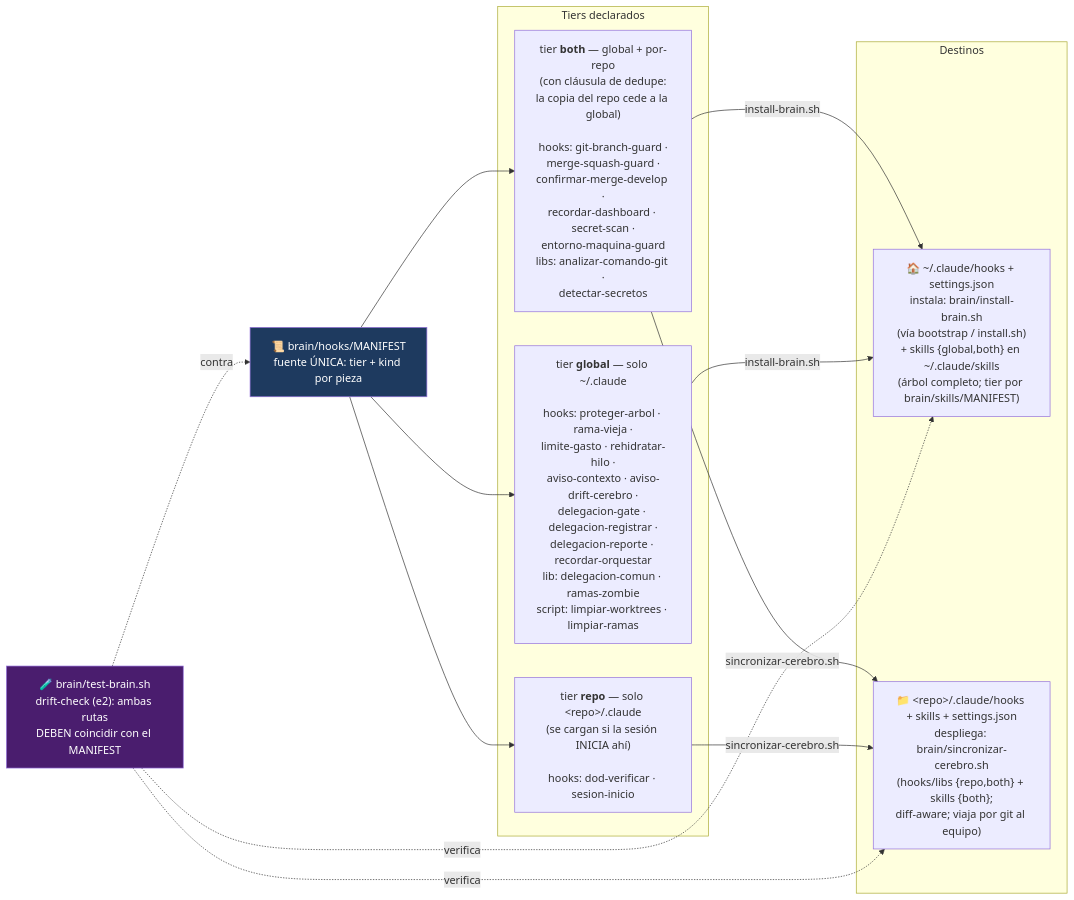
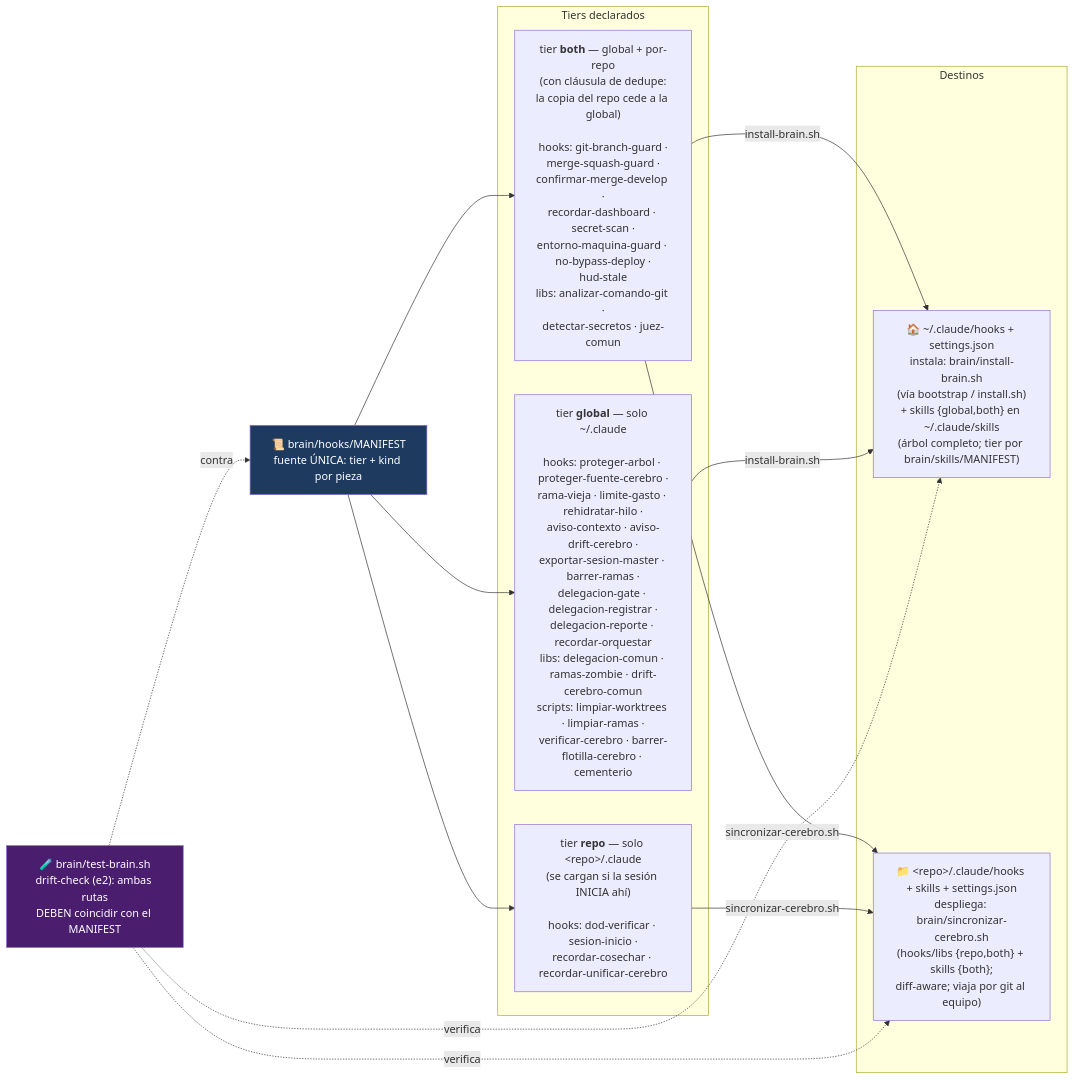
One commit to unjordi/cortex changed the fourth of 4 diagrams in docs/mapa-cerebro.md. Above: the diagram before and after it, drawn with Mermaid. The commit also changed 31 other files, not shown here.

First line of the commit message:
docs(flowcharts): auditoría de drift — leyenda regenerada, fan-out 8→9, mapa tiers al día

````diff
--- a/docs/mapa-cerebro.md
+++ b/docs/mapa-cerebro.md
@@ -188,31 +188,31 @@
 ```mermaid
 flowchart LR
     MANIFEST["📜 brain/hooks/MANIFEST<br/>fuente ÚNICA: tier + kind por pieza"]
 
     subgraph tiers["Tiers declarados"]
-        BOTH["tier <b>both</b> — global + por-repo<br/>(con cláusula de dedupe:<br/>la copia del repo cede a la global)<br/><br/>hooks: git-branch-guard ·<br/>merge-squash-guard ·<br/>confirmar-merge-develop ·<br/>recordar-dashboard · secret-scan ·<br/>entorno-maquina-guard<br/>libs: analizar-comando-git ·<br/>detectar-secretos"]
-        GLOBAL["tier <b>global</b> — solo ~/.claude<br/><br/>hooks: proteger-arbol · rama-vieja ·<br/>limite-gasto · rehidratar-hilo ·<br/>aviso-contexto · aviso-drift-cerebro ·<br/>delegacion-gate · delegacion-registrar ·<br/>delegacion-reporte · recordar-orquestar<br/>lib: delegacion-comun · ramas-zombie<br/>script: limpiar-worktrees · limpiar-ramas"]
-        REPO["tier <b>repo</b> — solo &lt;repo&gt;/.claude<br/>(se cargan si la sesión INICIA ahí)<br/><br/>hooks: dod-verificar · sesion-inicio"]
+        BOTH["tier <b>both</b> — global + por-repo<br/>(con cláusula de dedupe:<br/>la copia del repo cede a la global)<br/><br/>hooks: git-branch-guard ·<br/>merge-squash-guard ·<br/>confirmar-merge-develop ·<br/>recordar-dashboard · secret-scan ·<br/>entorno-maquina-guard · no-bypass-deploy ·<br/>hud-stale<br/>libs: analizar-comando-git ·<br/>detectar-secretos · juez-comun"]
+        GLOBAL["tier <b>global</b> — solo ~/.claude<br/><br/>hooks: proteger-arbol · proteger-fuente-cerebro ·<br/>rama-vieja · limite-gasto · rehidratar-hilo ·<br/>aviso-contexto · aviso-drift-cerebro ·<br/>exportar-sesion-master · barrer-ramas ·<br/>delegacion-gate · delegacion-registrar ·<br/>delegacion-reporte · recordar-orquestar<br/>libs: delegacion-comun · ramas-zombie · drift-cerebro-comun<br/>scripts: limpiar-worktrees · limpiar-ramas ·<br/>verificar-cerebro · barrer-flotilla-cerebro · cementerio"]
+        REPO["tier <b>repo</b> — solo &lt;repo&gt;/.claude<br/>(se cargan si la sesión INICIA ahí)<br/><br/>hooks: dod-verificar · sesion-inicio ·<br/>recordar-cosechar · recordar-unificar-cerebro"]
     end
 
     subgraph destinos["Destinos"]
         GDIR["🏠 ~/.claude/hooks + settings.json<br/>instala: brain/install-brain.sh<br/>(vía bootstrap / install.sh)<br/>+ skills {global,both} en ~/.claude/skills<br/>(árbol completo; tier por brain/skills/MANIFEST)"]
         RDIR["📁 &lt;repo&gt;/.claude/hooks + skills + settings.json<br/>despliega: brain/sincronizar-cerebro.sh<br/>(hooks/libs {repo,both} + skills {both};<br/>diff-aware; viaja por git al equipo)"]
     end
 
     TEST["🧪 brain/test-brain.sh<br/>drift-check (e2): ambas rutas<br/>DEBEN coincidir con el MANIFEST"]
 
     MANIFEST --> BOTH
     MANIFEST --> GLOBAL
     MANIFEST --> REPO
     BOTH -->|"install-brain.sh"| GDIR
     BOTH -->|"sincronizar-cerebro.sh"| RDIR
     GLOBAL -->|"install-brain.sh"| GDIR
     REPO -->|"sincronizar-cerebro.sh"| RDIR
     TEST -.->|verifica| GDIR
     TEST -.->|verifica| RDIR
     TEST -.->|contra| MANIFEST
 
     style MANIFEST fill:#1e3a5f,color:#fff
     style TEST fill:#4a1d6e,color:#fff
 ```
````
